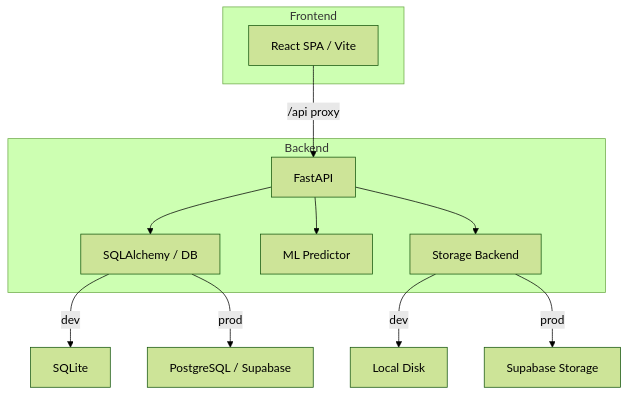
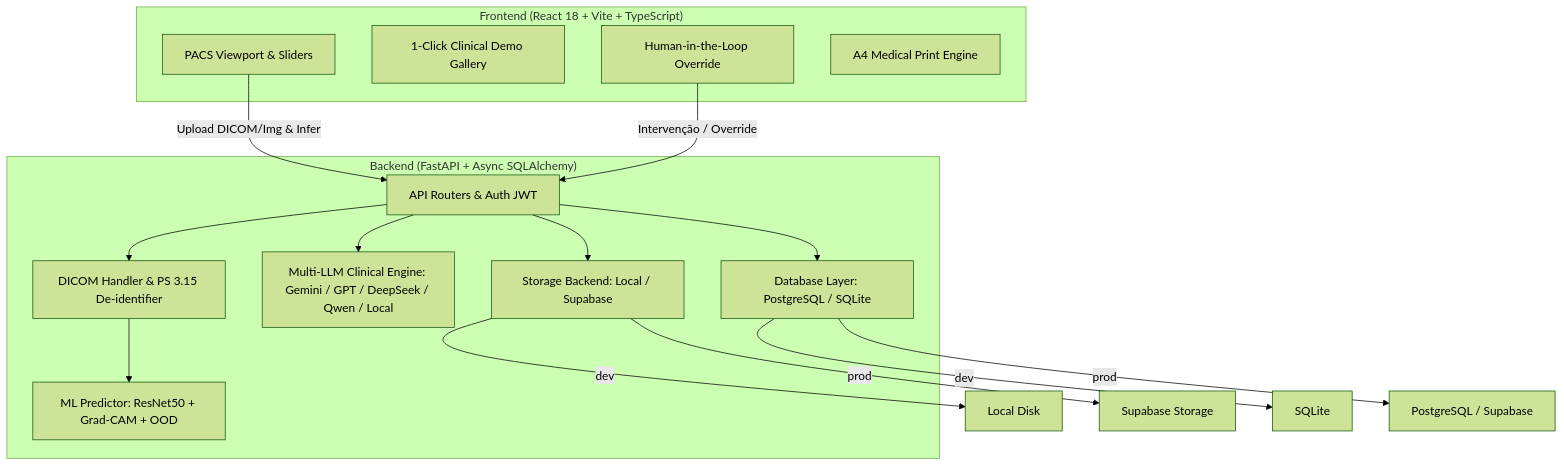
The diagram in docs/architecture.md (henriquebotelhogomes/Departamento_Medico_ML), drawn with Mermaid (forest theme) before and after one commit. The commit also changed other lines of this file and 50 other files, not shown here.

First line of the commit message:
feat: add interactive PACS workstation, DICOM support, multi-LLM reports, and human-in-the-loop clinical supervision

````diff
--- a/docs/architecture.md
+++ b/docs/architecture.md
@@ -5,20 +5,30 @@
 ```mermaid
 graph TB
-    subgraph Frontend
-        A[React SPA / Vite]
+    subgraph Frontend ["Frontend (React 18 + Vite + TypeScript)"]
+        A[PACS Viewport & Sliders]
+        A1[1-Click Clinical Demo Gallery]
+        A2[Human-in-the-Loop Override]
+        A3[A4 Medical Print Engine]
     end
-    subgraph Backend
-        B[FastAPI]
-        C[SQLAlchemy / DB]
-        D[ML Predictor]
-        E[Storage Backend]
+
+    subgraph Backend ["Backend (FastAPI + Async SQLAlchemy)"]
+        B[API Routers & Auth JWT]
+        DH[DICOM Handler & PS 3.15 De-identifier]
+        D[ML Predictor: ResNet50 + Grad-CAM + OOD]
+        LLM[Multi-LLM Clinical Engine: Gemini / GPT / DeepSeek / Qwen / Local]
+        C[Database Layer: PostgreSQL / SQLite]
+        E[Storage Backend: Local / Supabase]
     end
-    A -->|/api proxy| B
+
+    A -->|Upload DICOM/Img & Infer| B
+    A2 -->|Intervenção / Override| B
+    B --> DH
+    DH --> D
+    B --> LLM
     B --> C
-    B --> D
     B --> E
     E -->|dev| F[Local Disk]
     E -->|prod| G[Supabase Storage]
     C -->|dev| H[SQLite]
     C -->|prod| I[PostgreSQL / Supabase]
 ```
````
